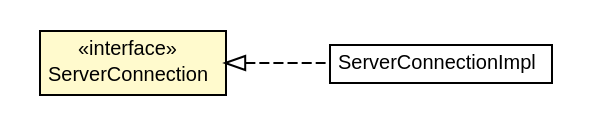
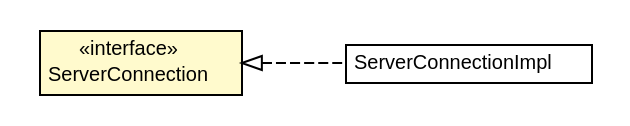
Before and after one commit to growbit/turbogwt-http: the diagram in javadoc/apidocs/org/turbogwt/net/http/client/ServerConnection.dot, drawn with Graphviz. The commit also changed 463 other files, not shown here.

```diff
--- a/javadoc/apidocs/org/turbogwt/net/http/client/ServerConnection.dot
+++ b/javadoc/apidocs/org/turbogwt/net/http/client/ServerConnection.dot
@@ -1,28 +1,28 @@
 #!/usr/local/bin/dot
 #
 # Class diagram 
 # Generated by UMLGraph version R5_6-24-gf6e263 (http://www.umlgraph.org/)
 #
 
 digraph G {
-	edge [fontname="arial",fontsize=10,labelfontname="arial",labelfontsize=10];
-	node [fontname="arial",fontsize=10,shape=plaintext];
+	edge [fontname="Helvetica",fontsize=10,labelfontname="Helvetica",labelfontsize=10];
+	node [fontname="Helvetica",fontsize=10,shape=plaintext];
 	nodesep=0.25;
 	ranksep=0.5;
 	rankdir=LR;
 	// org.turbogwt.net.http.client.ServerConnectionImpl
-	c3590 [label=<<table title="org.turbogwt.net.http.client.ServerConnectionImpl" border="0" cellborder="1" cellspacing="0" cellpadding="2" port="p" href="./ServerConnectionImpl.html">
+	c4571 [label=<<table title="org.turbogwt.net.http.client.ServerConnectionImpl" border="0" cellborder="1" cellspacing="0" cellpadding="2" port="p" href="./ServerConnectionImpl.html">
 		<tr><td><table border="0" cellspacing="0" cellpadding="1">
 <tr><td align="center" balign="center"> ServerConnectionImpl </td></tr>
 		</table></td></tr>
-		</table>>, URL="./ServerConnectionImpl.html", fontname="arial", fontcolor="black", fontsize=10.0];
+		</table>>, URL="./ServerConnectionImpl.html", fontname="Helvetica", fontcolor="black", fontsize=10.0];
 	// org.turbogwt.net.http.client.ServerConnection
-	c3591 [label=<<table title="org.turbogwt.net.http.client.ServerConnection" border="0" cellborder="1" cellspacing="0" cellpadding="2" port="p" bgcolor="lemonChiffon" href="./ServerConnection.html">
+	c4578 [label=<<table title="org.turbogwt.net.http.client.ServerConnection" border="0" cellborder="1" cellspacing="0" cellpadding="2" port="p" bgcolor="lemonChiffon" href="./ServerConnection.html">
 		<tr><td><table border="0" cellspacing="0" cellpadding="1">
 <tr><td align="center" balign="center"> &#171;interface&#187; </td></tr>
 <tr><td align="center" balign="center"> ServerConnection </td></tr>
 		</table></td></tr>
-		</table>>, URL="./ServerConnection.html", fontname="arial", fontcolor="black", fontsize=10.0];
+		</table>>, URL="./ServerConnection.html", fontname="Helvetica", fontcolor="black", fontsize=10.0];
 	//org.turbogwt.net.http.client.ServerConnectionImpl implements org.turbogwt.net.http.client.ServerConnection
-	c3591:p -> c3590:p [dir=back,arrowtail=empty,style=dashed];
+	c4578:p -> c4571:p [dir=back,arrowtail=empty,style=dashed];
 }
```
